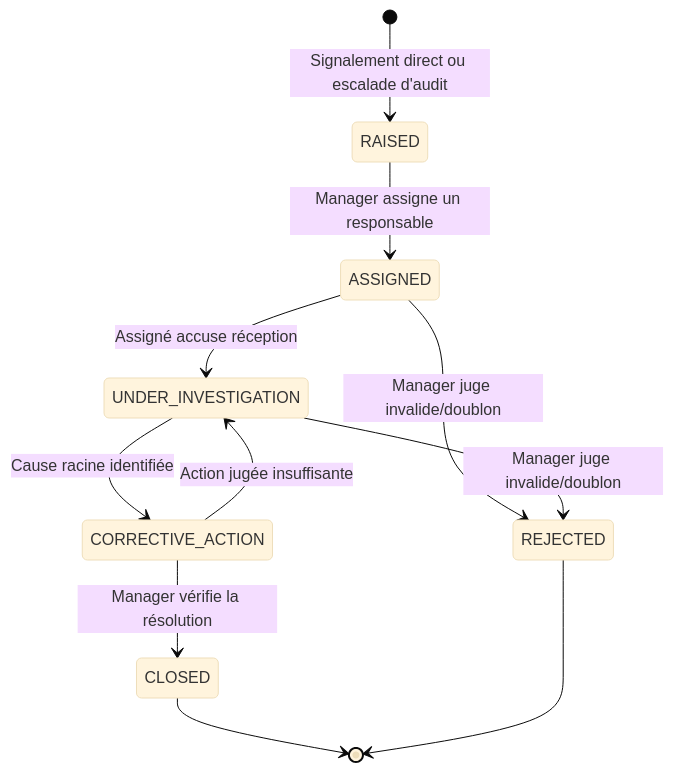
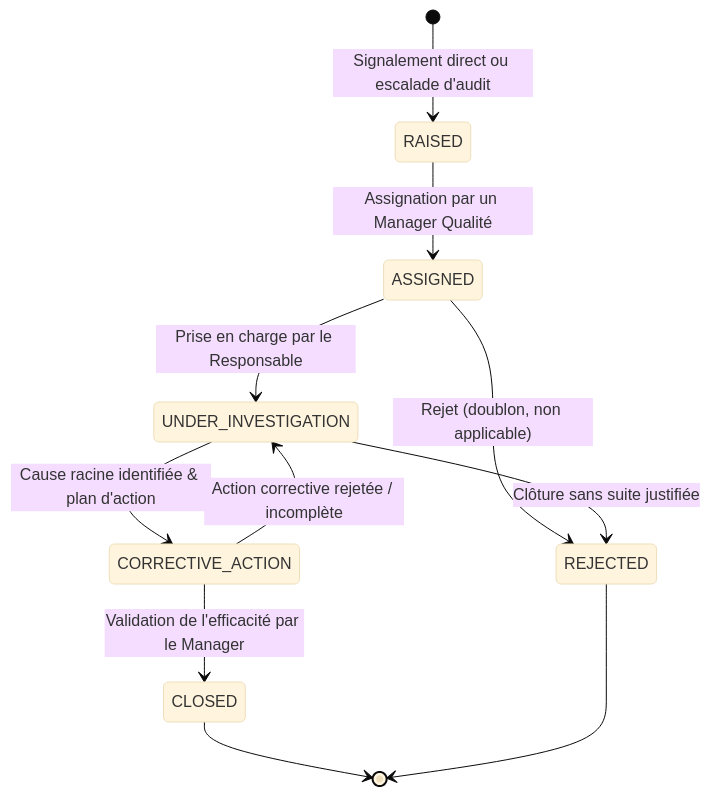
One commit to bdraja09/nexus-quality-tracker changed the second of 3 diagrams in README.md. Above: the diagram before and after it, drawn with Mermaid (base theme). The commit also changed other lines of this file and 5 other files, not shown here.

````diff
--- a/README.md
+++ b/README.md
@@ -86,13 +123,13 @@
 ```mermaid
 stateDiagram-v2
     [*] --> RAISED : Signalement direct ou escalade d'audit
-    RAISED --> ASSIGNED : Manager assigne un responsable
-    ASSIGNED --> UNDER_INVESTIGATION : Assigné accuse réception
-    ASSIGNED --> REJECTED : Manager juge invalide/doublon
-    UNDER_INVESTIGATION --> CORRECTIVE_ACTION : Cause racine identifiée
-    UNDER_INVESTIGATION --> REJECTED : Manager juge invalide/doublon
-    CORRECTIVE_ACTION --> CLOSED : Manager vérifie la résolution
-    CORRECTIVE_ACTION --> UNDER_INVESTIGATION : Action jugée insuffisante
+    RAISED --> ASSIGNED : Assignation par un Manager Qualité
+    ASSIGNED --> UNDER_INVESTIGATION : Prise en charge par le Responsable
+    ASSIGNED --> REJECTED : Rejet (doublon, non applicable)
+    UNDER_INVESTIGATION --> CORRECTIVE_ACTION : Cause racine identifiée & plan d'action
+    UNDER_INVESTIGATION --> REJECTED : Clôture sans suite justifiée
+    CORRECTIVE_ACTION --> CLOSED : Validation de l'efficacité par le Manager
+    CORRECTIVE_ACTION --> UNDER_INVESTIGATION : Action corrective rejetée / incomplète
     CLOSED --> [*]
     REJECTED --> [*]
 ```
````
